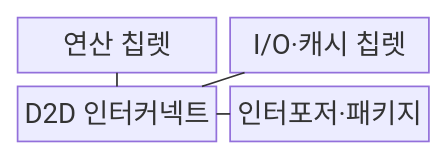
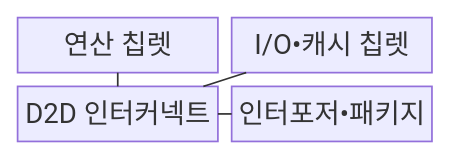
Before and after one commit to agnusdei1207/knowledge-base: the first of 2 diagrams in src/content/docs/notes/02-hardware/049_chiplet.md, drawn with Mermaid. The commit also changed other lines of this file and 953 other files, not shown here.

````diff
--- a/src/content/docs/notes/02-hardware/049_chiplet.md
+++ b/src/content/docs/notes/02-hardware/049_chiplet.md
@@ -69,11 +69,11 @@
 ```mermaid
 block
     columns 2
     A["연산 칩렛"]
-    B["I/O·캐시 칩렛"]
+    B["I/O•캐시 칩렛"]
     C["D2D 인터커넥트"]
-    P["인터포저·패키지"]
+    P["인터포저•패키지"]
     A --- C
     B --- C
     C --- P
 ```
````
